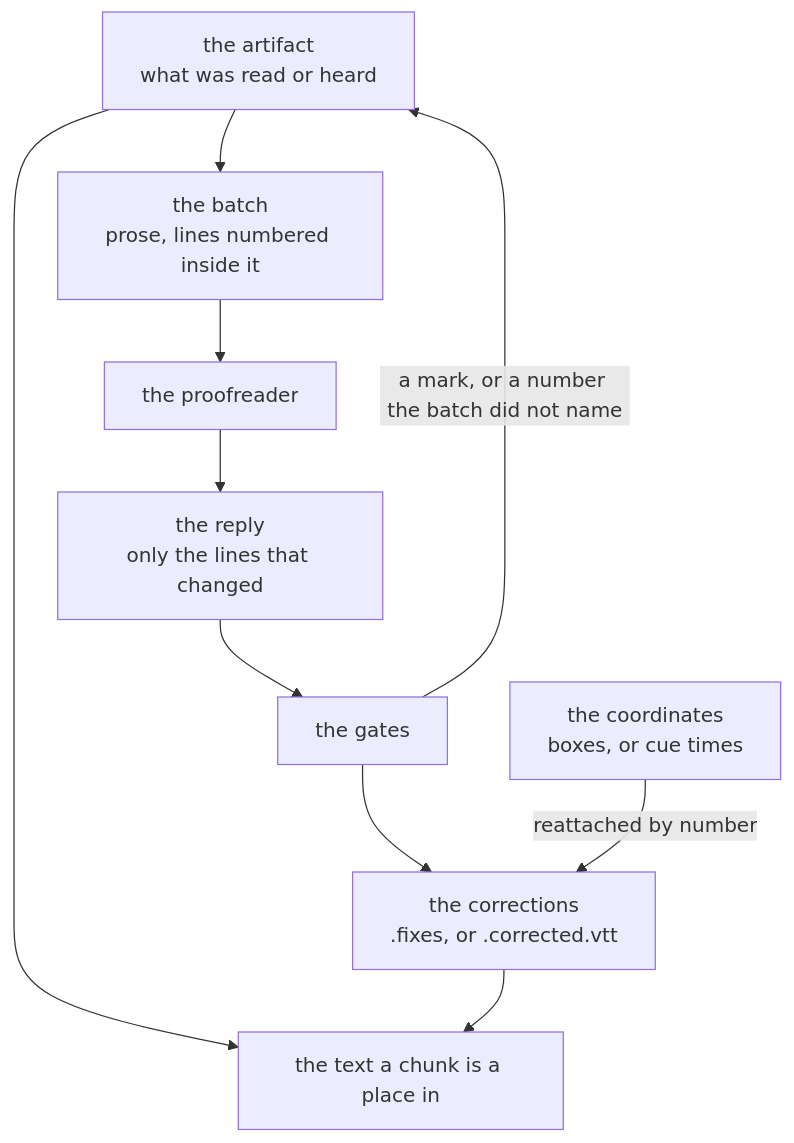
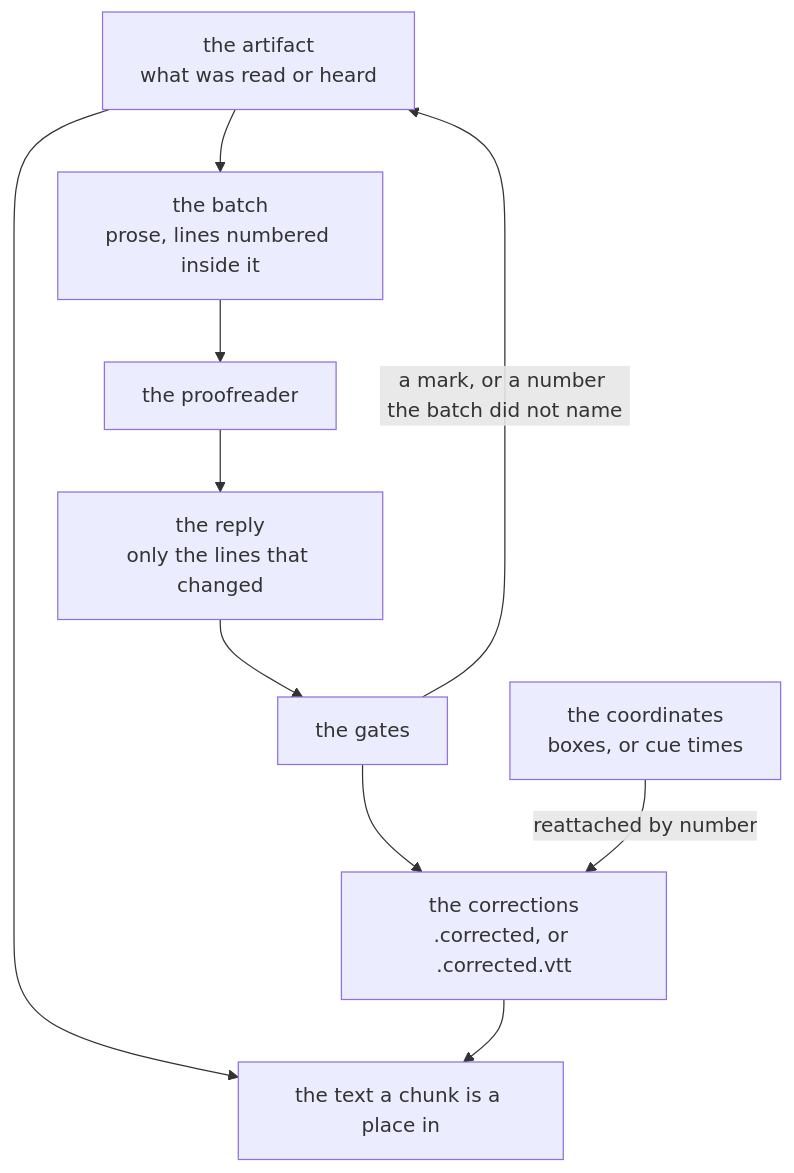
One commit to jiva-studio/numen changed the diagram in docs/proofreading.md. Above: the diagram before and after it, drawn with Mermaid. The commit also changed other lines of this file and 29 other files, not shown here.

````diff
--- a/docs/proofreading.md
+++ b/docs/proofreading.md
@@ -24,21 +24,21 @@
 ```mermaid
 graph TD
     ART["the artifact<br/>what was read or heard"]
     COORD["the coordinates<br/>boxes, or cue times"]
     ASK["the batch<br/>prose, lines numbered inside it"]
     MODEL["the proofreader"]
     REPLY["the reply<br/>only the lines that changed"]
     GATES["the gates"]
-    FIX["the corrections<br/>.fixes, or .corrected.vtt"]
+    FIX["the corrections<br/>.corrected, or .corrected.vtt"]
     OUT["the text a chunk is a place in"]
 
     ART --> ASK
     ASK --> MODEL
     MODEL --> REPLY
     REPLY --> GATES
     GATES -->|"a mark, or a number the batch did not name"| ART
     GATES --> FIX
     COORD -->|"reattached by number"| FIX
     ART --> OUT
     FIX --> OUT
 ```
````
